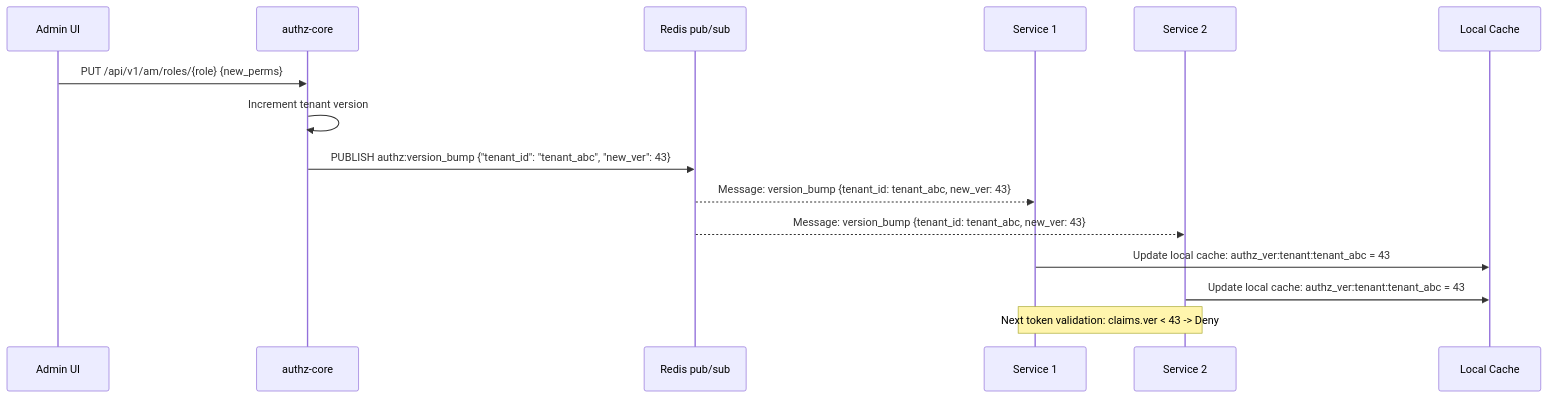
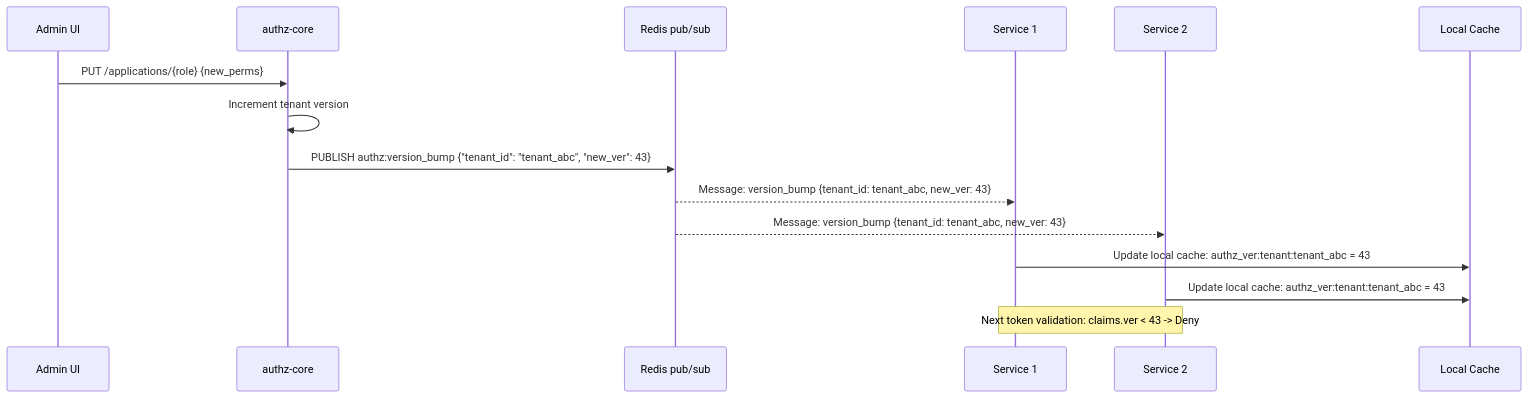
One commit to microscaler/sesame-idam changed the first of 3 diagrams in docs/Epics/05-token-versioning/stories/story-5.4.md. Above: the diagram before and after it, drawn with Mermaid. The commit also changed 15 other files, not shown here.

````diff
--- a/docs/Epics/05-token-versioning/stories/story-5.4.md
+++ b/docs/Epics/05-token-versioning/stories/story-5.4.md
@@ -102,21 +102,21 @@
 ```mermaid
 sequenceDiagram
     participant Admin as Admin UI
     participant Authz as authz-core
     participant Redis as Redis pub/sub
     participant Svc1 as Service 1
     participant Svc2 as Service 2
     participant Cache as Local Cache
 
-    Admin->>Authz: PUT /api/v1/am/roles/{role} {new_perms}
+    Admin->>Authz: PUT /applications/{role} {new_perms}
     Authz->>Authz: Increment tenant version
     Authz->>Redis: PUBLISH authz:version_bump {"tenant_id": "tenant_abc", "new_ver": 43}
     
     Redis-->>Svc1: Message: version_bump {tenant_id: tenant_abc, new_ver: 43}
     Redis-->>Svc2: Message: version_bump {tenant_id: tenant_abc, new_ver: 43}
     
     Svc1->>Cache: Update local cache: authz_ver:tenant:tenant_abc = 43
     Svc2->>Cache: Update local cache: authz_ver:tenant:tenant_abc = 43
     
     Note over Svc1, Svc2: Next token validation: claims.ver < 43 -> Deny
 ```
````
